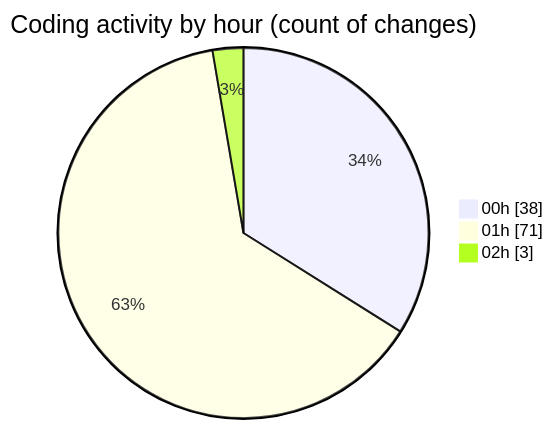
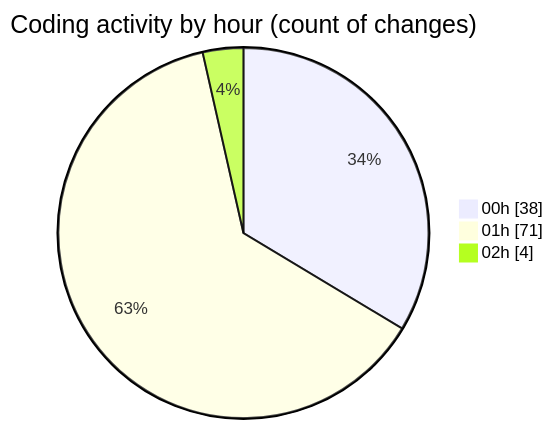
Before and after one commit to lephambinh05/code-tracking: the second of 2 diagrams in 2025-07-27/quanlyrapchieuphim-1/README.md, drawn with Mermaid. The commit also changed other lines of this file and 1 other file, not shown here.

````diff
--- a/2025-07-27/quanlyrapchieuphim-1/README.md
+++ b/2025-07-27/quanlyrapchieuphim-1/README.md
@@ -64,7 +64,7 @@
 ```mermaid
 pie showData
 title Coding activity by hour (count of changes)
 "00h" : 38
 "01h" : 71
-"02h" : 3
+"02h" : 4
 ```
````
